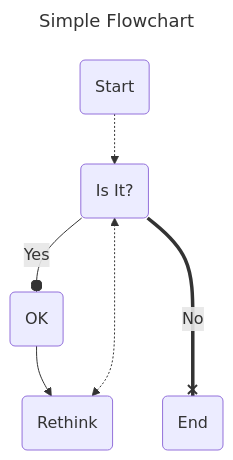
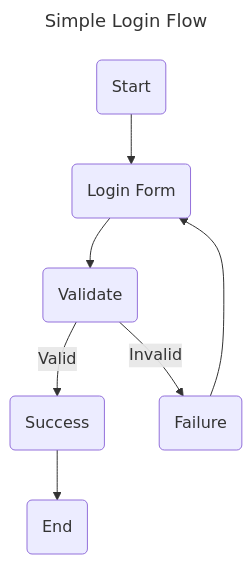
The diagram in examples/flowcharts/simple_flowchart/README.md (TyphonHill/go-mermaid), drawn with Mermaid before and after one commit. The commit also changed other lines of this file and 87 other files, not shown here.

````diff
--- a/examples/flowcharts/simple_flowchart/README.md
+++ b/examples/flowcharts/simple_flowchart/README.md
@@ -3,17 +1,19 @@
 ```mermaid
 ---
-title: Simple Flowchart
+title: Simple Login Flow
 ---
 
 flowchart TB
-    0("Start")
-    1("Is It?")
-    2("OK")
-    3("Rethink")
-    4("End")
-    0 -.-> 1
-    1 --o|Yes| 2
-    2 --> 3
-    3 <-.-> 1
-    1 ===x|No| 4
+	0("Start")
+	1("Login Form")
+	2("Validate")
+	3("Success")
+	4("Failure")
+	5("End")
+	0 --> 1
+	1 --> 2
+	2 -->|Valid| 3
+	2 -->|Invalid| 4
+	3 --> 5
+	4 --> 1
 ```
````
